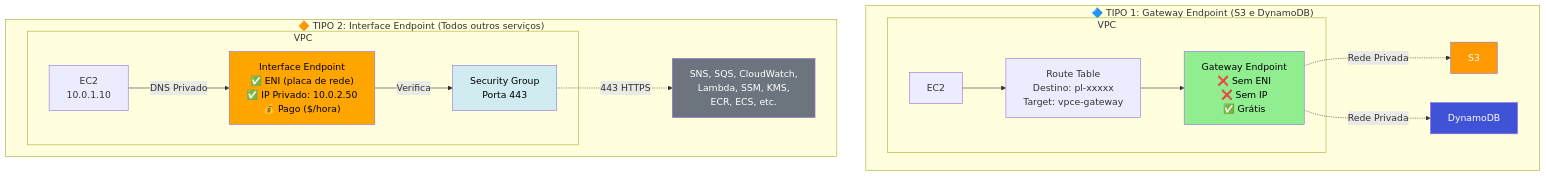
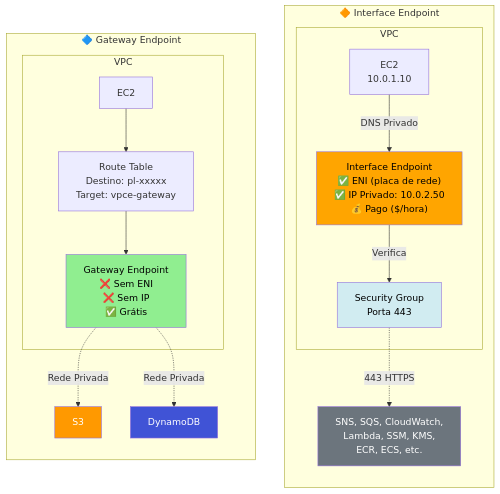
The fourth of 12 diagrams in docs/cloud-notes/01-aws/03-aws-cloud-architect-professional/13_vpc.md (Uniliva/uni-salva), drawn with Mermaid before and after one commit. The commit also changed other lines of this file and 6 other files, not shown here.

````diff
--- a/docs/cloud-notes/01-aws/03-aws-cloud-architect-professional/13_vpc.md
+++ b/docs/cloud-notes/01-aws/03-aws-cloud-architect-professional/13_vpc.md
@@ -551,38 +551,41 @@
 ```mermaid
-graph TB
-    subgraph "🔷 TIPO 1: Gateway Endpoint (S3 e DynamoDB)"
+graph LR
+    subgraph GW["🔷 Gateway Endpoint"]
+        direction TB
         subgraph VPC_GW["VPC"]
             EC2_GW["EC2"]
             RT_GW["Route Table<br/>Destino: pl-xxxxx<br/>Target: vpce-gateway"]
             VPCE_GW["Gateway Endpoint<br/>❌ Sem ENI<br/>❌ Sem IP<br/>✅ Grátis"]
         end
         S3["S3"]
         DDB["DynamoDB"]
 
         EC2_GW --> RT_GW
         RT_GW --> VPCE_GW
         VPCE_GW -.->|Rede Privada| S3
         VPCE_GW -.->|Rede Privada| DDB
-
-        style VPCE_GW fill:#90EE90,color:#000
-        style S3 fill:#ff9900,color:#fff
-        style DDB fill:#4053D6,color:#fff
     end
 
-    subgraph "🔶 TIPO 2: Interface Endpoint (Todos outros serviços)"
+    subgraph INT["🔶 Interface Endpoint"]
+        direction TB
         subgraph VPC_INT["VPC"]
             EC2_INT["EC2<br/>10.0.1.10"]
             SG["Security Group<br/>Porta 443"]
             VPCE_INT["Interface Endpoint<br/>✅ ENI (placa de rede)<br/>✅ IP Privado: 10.0.2.50<br/>💰 Pago ($/hora)"]
         end
         SERVICES["SNS, SQS, CloudWatch,<br/>Lambda, SSM, KMS,<br/>ECR, ECS, etc."]
 
         EC2_INT -->|DNS Privado| VPCE_INT
         VPCE_INT -->|Verifica| SG
         SG -.->|443 HTTPS| SERVICES
+    end
 
-        style VPCE_INT fill:#FFA500,color:#000
-        style SERVICES fill:#6c757d,color:#fff
-        style SG fill:#d1ecf1,color:#000
-    end
+    GW ~~~ INT
+
+    style VPCE_GW fill:#90EE90,color:#000
+    style S3 fill:#ff9900,color:#fff
+    style DDB fill:#4053D6,color:#fff
+    style VPCE_INT fill:#FFA500,color:#000
+    style SERVICES fill:#6c757d,color:#fff
+    style SG fill:#d1ecf1,color:#000
 ```
````
